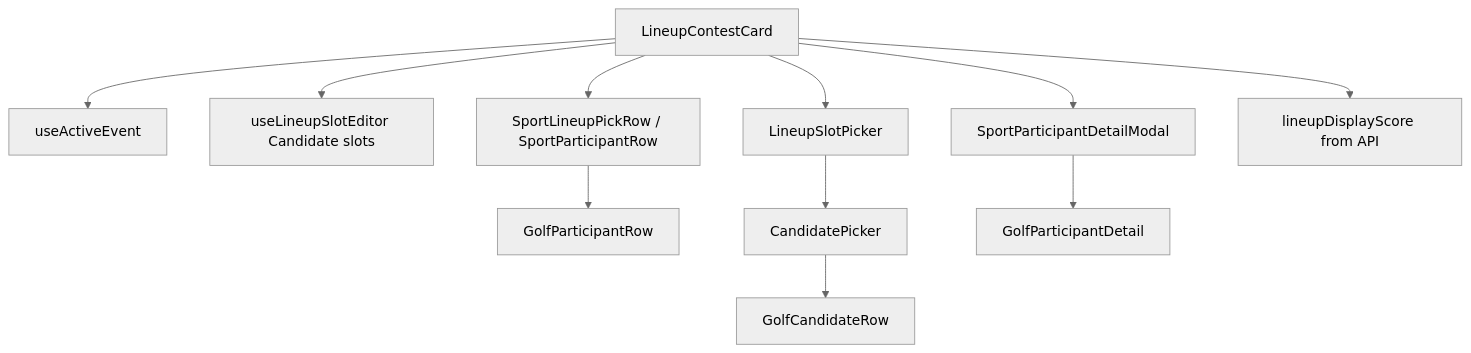
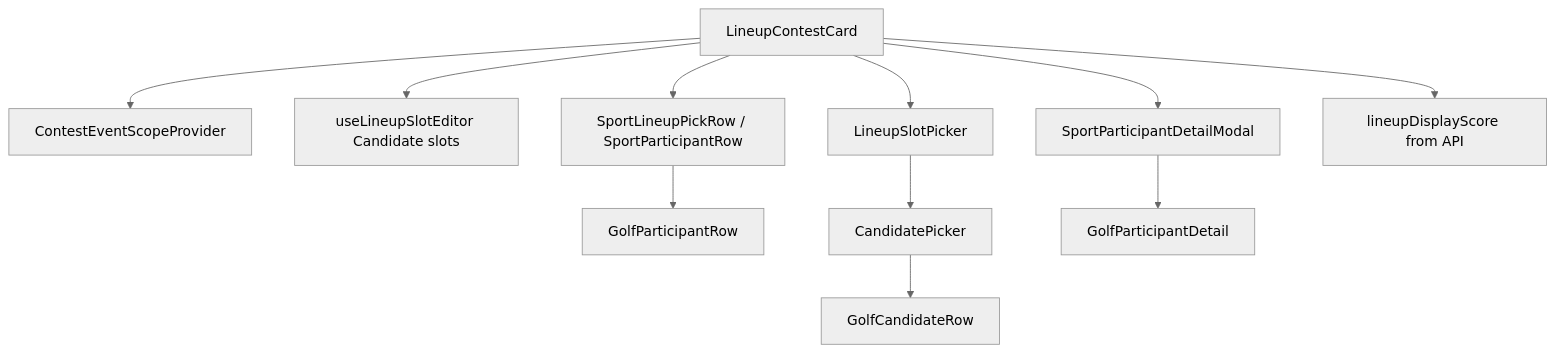
Before and after one commit to MagRelo/cut: the diagram in spec/client/component-structure.md, drawn with Mermaid (neutral theme). The commit also changed other lines of this file and 36 other files, not shown here.

````diff
--- a/spec/client/component-structure.md
+++ b/spec/client/component-structure.md
@@ -122,13 +131,13 @@
 ```mermaid
 flowchart TD
-  Card[LineupContestCard] --> AE[useActiveEvent]
+  Card[LineupContestCard] --> Scope[ContestEventScopeProvider]
   Card --> Editor[useLineupSlotEditor Candidate slots]
   Card --> SPR[SportLineupPickRow / SportParticipantRow]
   SPR --> Plugin[GolfParticipantRow]
   Card --> LSP[LineupSlotPicker]
   LSP --> CP[CandidatePicker]
   CP --> CR[GolfCandidateRow]
   Card --> PDF[SportParticipantDetailModal]
   PDF --> PD[GolfParticipantDetail]
   Card --> Score[lineupDisplayScore from API]
 ```
````
